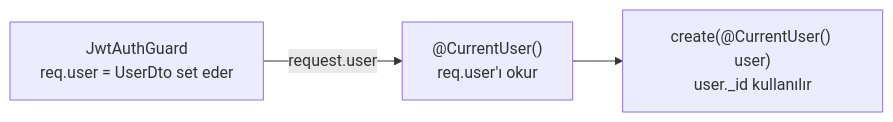
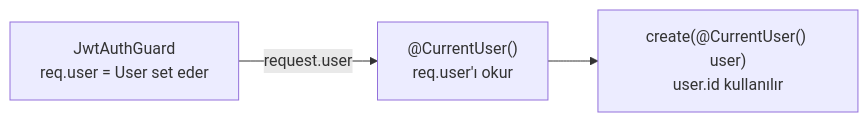
Before and after one commit to HuseyinKaraman/nestjs-microservice: the sixth of 7 diagrams in docs/ARCHITECTURE.md, drawn with Mermaid. The commit also changed other lines of this file and 37 other files, not shown here.

````diff
--- a/docs/ARCHITECTURE.md
+++ b/docs/ARCHITECTURE.md
@@ -178,6 +178,6 @@
 ```mermaid
 flowchart LR
-    Guard["JwtAuthGuard\nreq.user = UserDto set eder"]
+    Guard["JwtAuthGuard\nreq.user = User set eder"]
     -->|"request.user"| Dec["@CurrentUser()\nreq.user'ı okur"]
-    --> Handler["create(@CurrentUser() user)\nuser._id kullanılır"]
+    --> Handler["create(@CurrentUser() user)\nuser.id kullanılır"]
 ```
````
